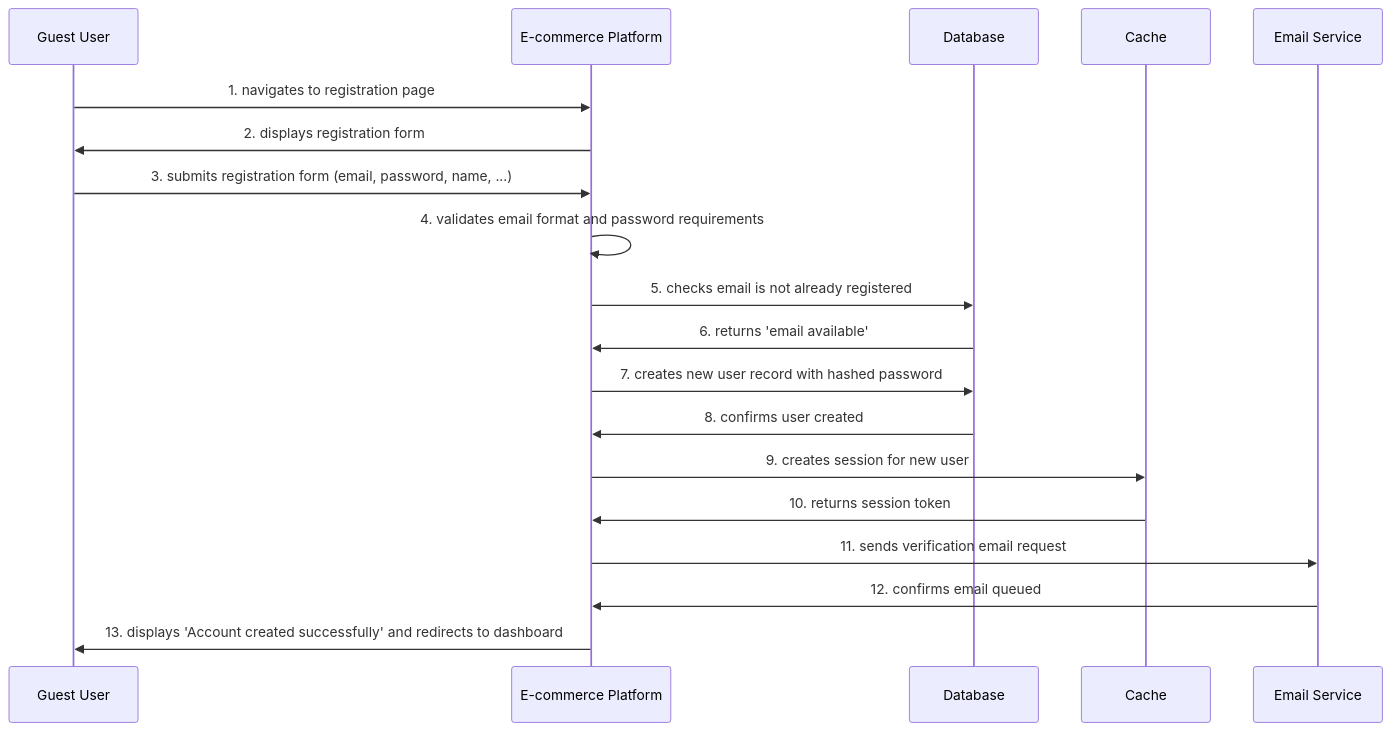
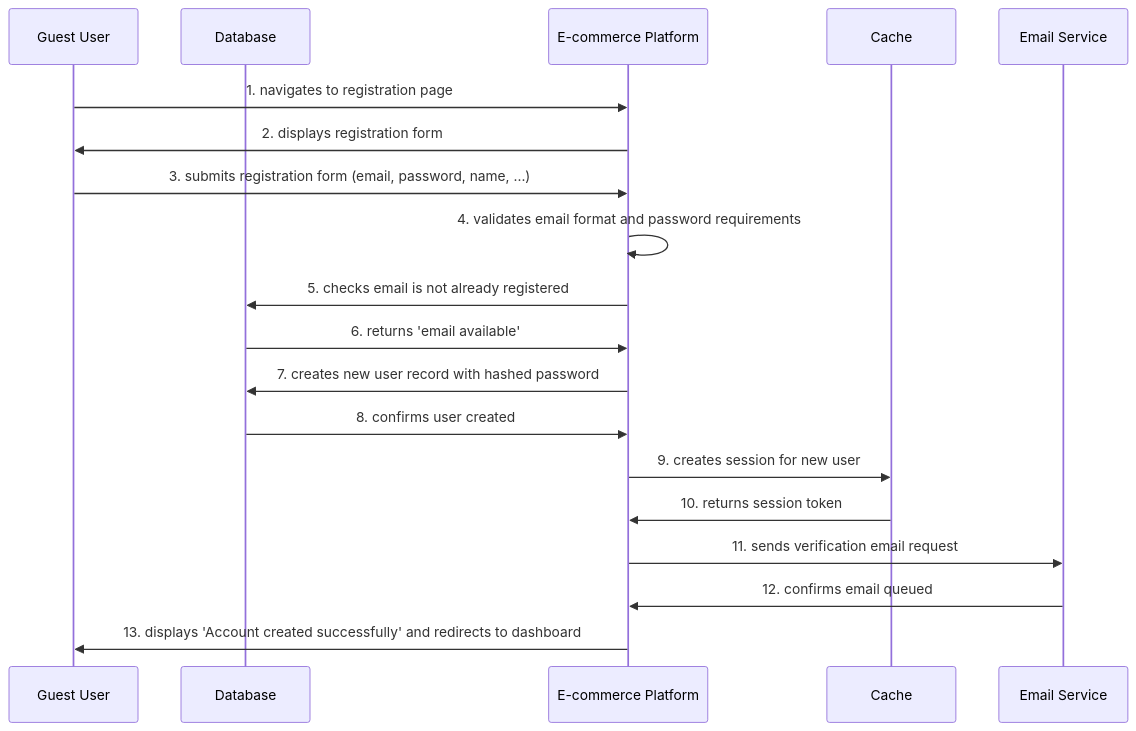
Before and after one commit to Guillaumecoi/MUCM: the first of 5 diagrams in examples/ecommerce-demo/docs/use-cases/authentication/UC-AUTH-001/README.md, drawn with Mermaid. The commit also changed other lines of this file and 54 other files, not shown here.

````diff
--- a/examples/ecommerce-demo/docs/use-cases/authentication/UC-AUTH-001/README.md
+++ b/examples/ecommerce-demo/docs/use-cases/authentication/UC-AUTH-001/README.md
@@ -39,17 +39,21 @@
 ```mermaid
 sequenceDiagram
 participant Guest User
+participant Database
+participant E-commerce Platform
+participant Cache
+participant Email Service
 Guest User->>E-commerce Platform: 1. navigates to registration page
 E-commerce Platform->>Guest User: 2. displays registration form
 Guest User->>E-commerce Platform: 3. submits registration form (email, password, name, ...)
 E-commerce Platform->>E-commerce Platform: 4. validates email format and password requirements
 E-commerce Platform->>Database: 5. checks email is not already registered
 Database->>E-commerce Platform: 6. returns 'email available'
 E-commerce Platform->>Database: 7. creates new user record with hashed password
 Database->>E-commerce Platform: 8. confirms user created
 E-commerce Platform->>Cache: 9. creates session for new user
 Cache->>E-commerce Platform: 10. returns session token
 E-commerce Platform->>Email Service: 11. sends verification email request
 Email Service->>E-commerce Platform: 12. confirms email queued
 E-commerce Platform->>Guest User: 13. displays 'Account created successfully' and redirects to dashboard
 ```
````
